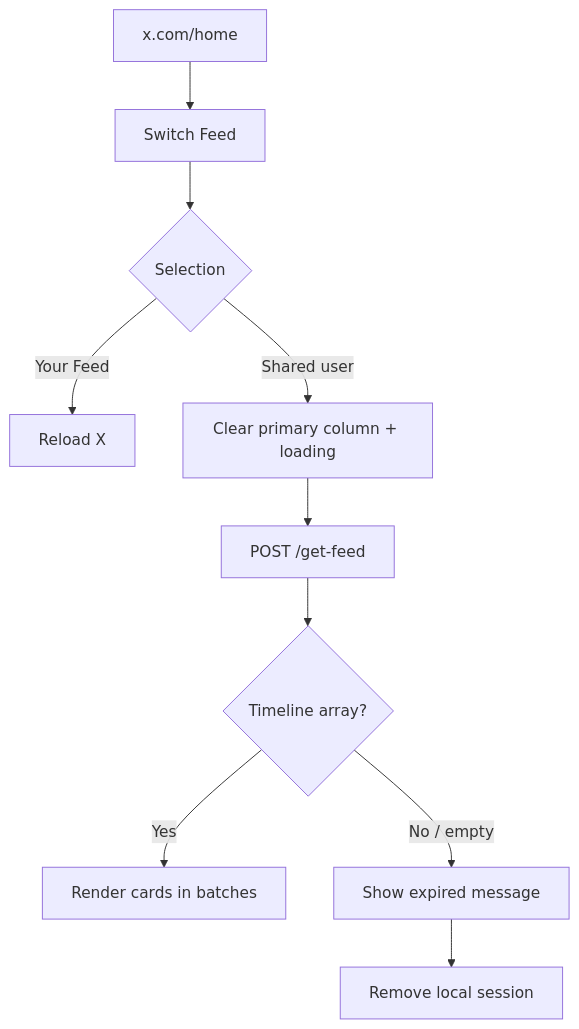
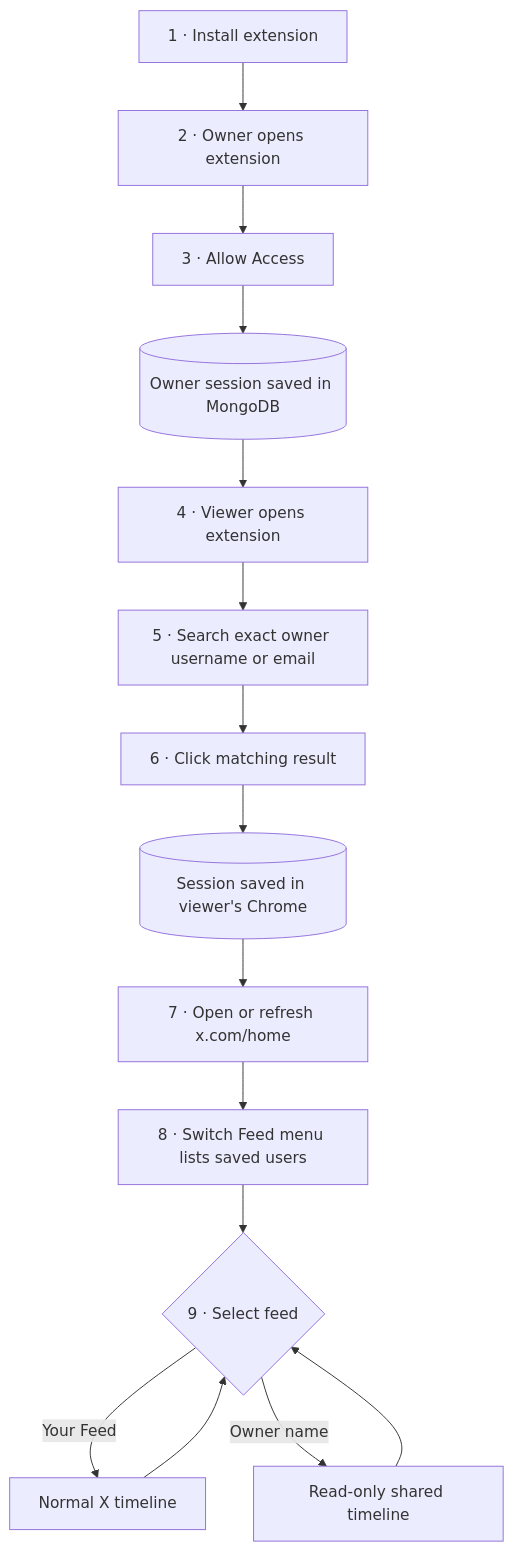
Before and after one commit to SidheshwarSarangal/X_feed_extension: the first of 8 diagrams in docs/workflows-and-api.md, drawn with Mermaid. The commit also changed other lines of this file and 4 other files, not shown here.

````diff
--- a/docs/workflows-and-api.md
+++ b/docs/workflows-and-api.md
@@ -55,12 +21,17 @@
 ```mermaid
-flowchart TD
-    Home[x.com/home] --> Dropdown[Switch Feed]
-    Dropdown --> Choice{Selection}
-    Choice -->|Your Feed| Reload[Reload X]
-    Choice -->|Shared user| Loading[Clear primary column + loading]
-    Loading --> Request[POST /get-feed]
-    Request --> Valid{Timeline array?}
-    Valid -->|Yes| Render[Render cards in batches]
-    Valid -->|No / empty| Expired[Show expired message]
-    Expired --> Remove[Remove local session]
+flowchart TB
+    Install[1 · Install extension] --> OpenOwner[2 · Owner opens extension]
+    OpenOwner --> Allow[3 · Allow Access]
+    Allow --> Grant[(Owner session saved in MongoDB)]
+    Grant --> OpenViewer[4 · Viewer opens extension]
+    OpenViewer --> Search[5 · Search exact owner username or email]
+    Search --> Click[6 · Click matching result]
+    Click --> Local[(Session saved in viewer's Chrome)]
+    Local --> Home[7 · Open or refresh x.com/home]
+    Home --> Menu[8 · Switch Feed menu lists saved users]
+    Menu --> Select{9 · Select feed}
+    Select -->|Your Feed| Own[Normal X timeline]
+    Select -->|Owner name| Shared[Read-only shared timeline]
+    Own --> Select
+    Shared --> Select
 ```
````
